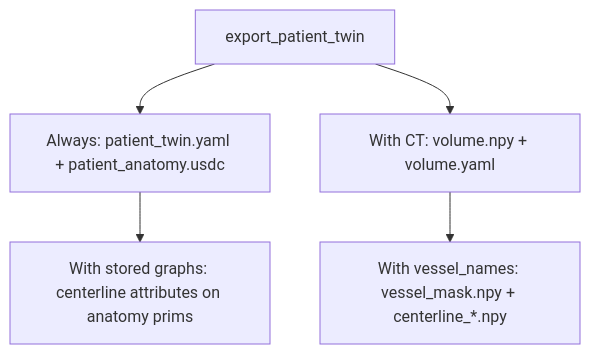
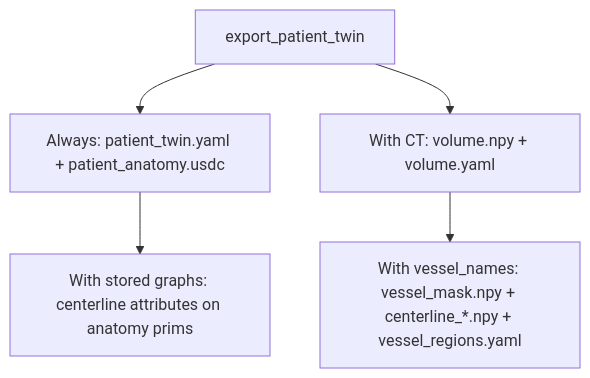
Before and after one commit to isaac-for-healthcare/i4h-digital-twin: the second of 2 diagrams in patient-digital-twin/README.md, drawn with Mermaid. The commit also changed other lines of this file and 13 other files, not shown here.

````diff
--- a/patient-digital-twin/README.md
+++ b/patient-digital-twin/README.md
@@ -101,7 +101,7 @@
 ```mermaid
 flowchart TD
     E["export_patient_twin"] --> A["Always: patient_twin.yaml + patient_anatomy.usdc"]
     A --> G["With stored graphs: centerline attributes on anatomy prims"]
     E --> T["With CT: volume.npy + volume.yaml"]
-    T --> V["With vessel_names: vessel_mask.npy + centerline_*.npy"]
+    T --> V["With vessel_names: vessel_mask.npy + centerline_*.npy + vessel_regions.yaml"]
 ```
````
